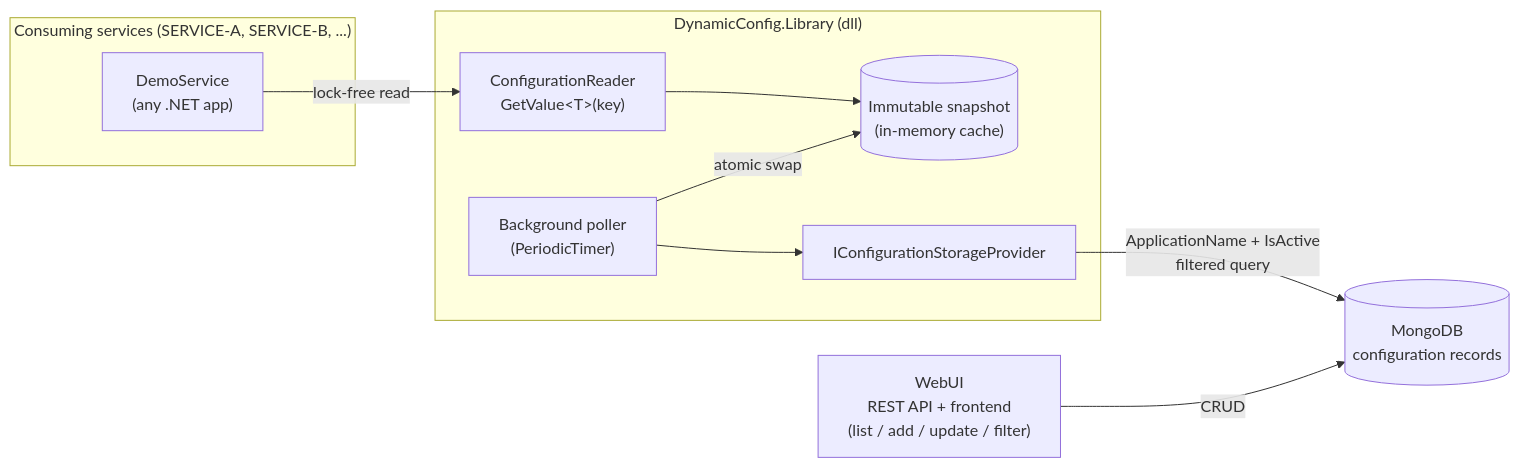
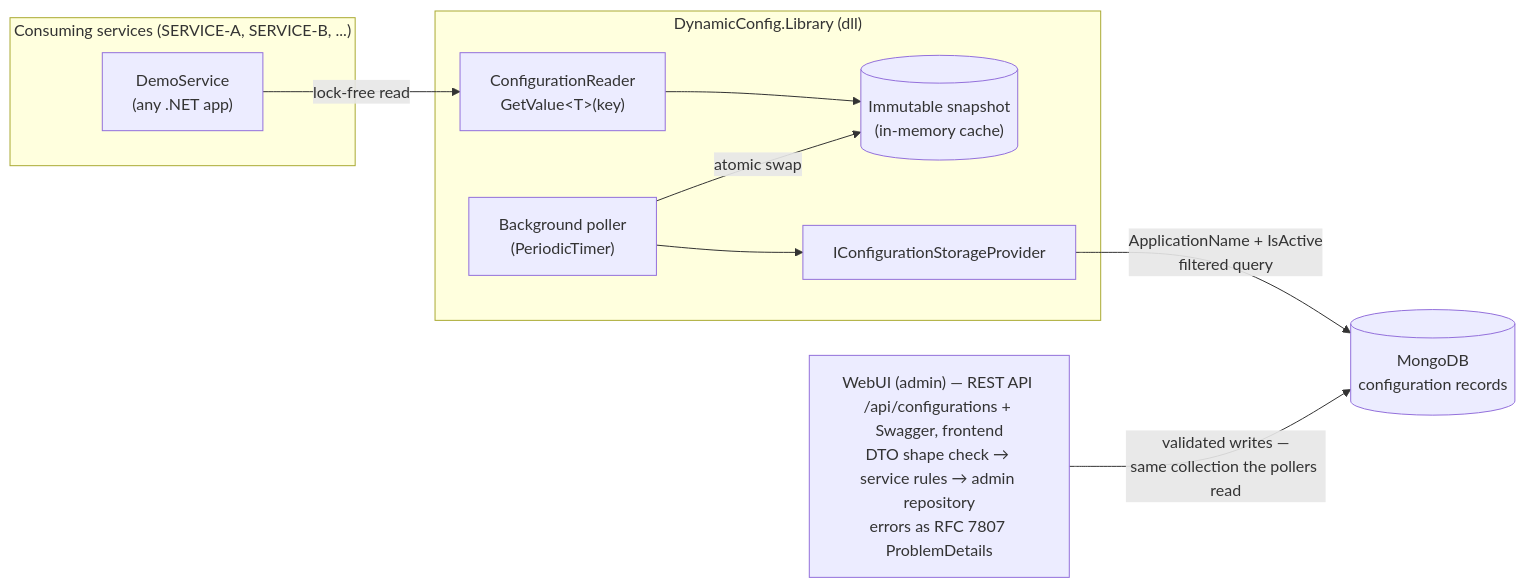
Before and after one commit to nuri35/dynamic-config-net: the diagram in README.md, drawn with Mermaid. The commit also changed other lines of this file, not shown here.

Commit message:
docs(readme): reflect landed 4.1/4.2 write path in architecture diagram and how-it-works
- WebUI node now shows the real layering (DTO shape check -> service rules ->
  admin repository) plus the Swagger/ProblemDetails surface
- CRUD edge relabeled: validated writes into the same collection the pollers
  read - the end-to-end link the diagram previously left implicit
- new How It Works step 6: write path with two-layer validation, library-parser
  reuse (single source of truth), UTC stamping, RFC 7807 error shape
- read side and broker planned-note untouched

````diff
--- a/README.md
+++ b/README.md
@@ -7,23 +7,23 @@
 ```mermaid
 flowchart LR
     subgraph consumers["Consuming services (SERVICE-A, SERVICE-B, ...)"]
         APP["DemoService<br/>(any .NET app)"]
     end
 
     subgraph lib["DynamicConfig.Library (dll)"]
         CR["ConfigurationReader<br/>GetValue&lt;T&gt;(key)"]
         SNAP[("Immutable snapshot<br/>(in-memory cache)")]
         POLL["Background poller<br/>(PeriodicTimer)"]
         PROV["IConfigurationStorageProvider"]
     end
 
     MONGO[("MongoDB<br/>configuration records")]
-    UI["WebUI<br/>REST API + frontend<br/>(list / add / update / filter)"]
+    UI["WebUI (admin) — REST API /api/configurations + Swagger, frontend<br/>DTO shape check → service rules → admin repository<br/>errors as RFC 7807 ProblemDetails"]
 
     APP -- "lock-free read" --> CR
     CR --> SNAP
     POLL -- "atomic swap" --> SNAP
     POLL --> PROV
     PROV -- "ApplicationName + IsActive<br/>filtered query" --> MONGO
-    UI -- "CRUD" --> MONGO
+    UI -- "validated writes —<br/>same collection the pollers read" --> MONGO
 ```
````
